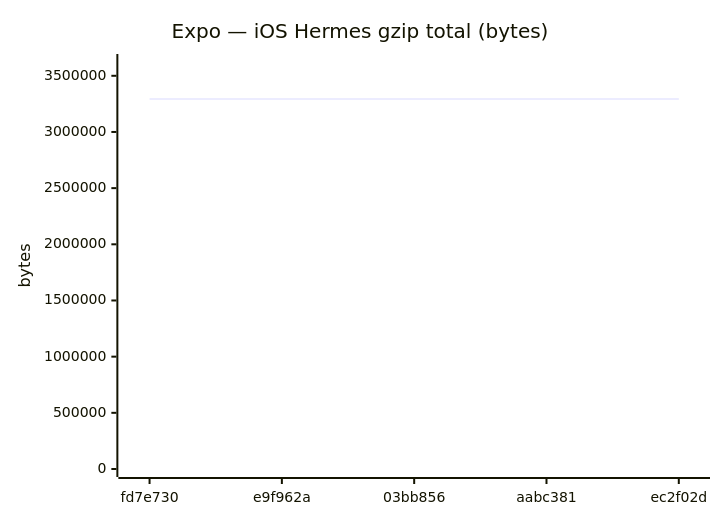
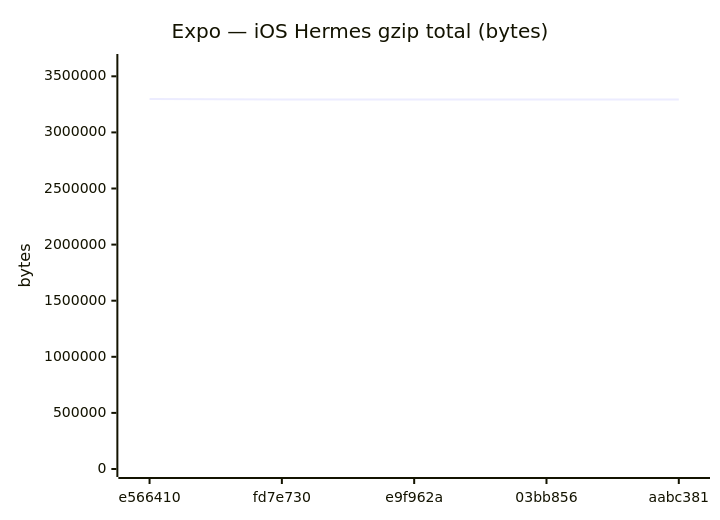
Diagram 12 of 18 in benchmarks/compare.md (Metaheurist/Rianell), drawn with Mermaid before and after one commit. The commit also changed other lines of this file and 11 other files, not shown here.

````diff
--- a/benchmarks/compare.md
+++ b/benchmarks/compare.md
@@ -179,7 +179,7 @@
 ```mermaid
 xychart-beta
     title "Expo — iOS Hermes gzip total (bytes)"
-    x-axis ["fd7e730", "e9f962a", "03bb856", "aabc381", "ec2f02d"]
-    y-axis "bytes" 0 --> 3622750
-    line [3293199, 3293198, 3293200, 3293409, 3293314]
+    x-axis ["e566410", "fd7e730", "e9f962a", "03bb856", "aabc381"]
+    y-axis "bytes" 0 --> 3627508
+    line [3297734, 3293199, 3293198, 3293200, 3293409]
 ```
````
